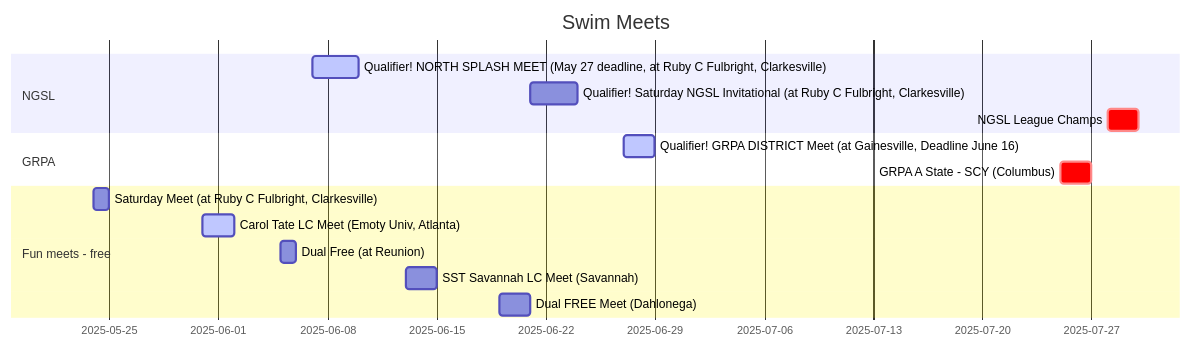
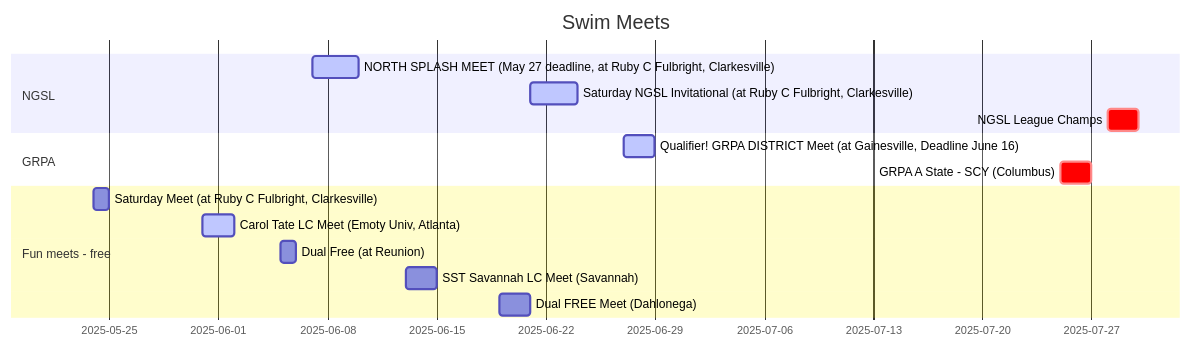
The diagram in swim_meets.mermaid (Gorbush/public), drawn with Mermaid before and after one commit. The commit also changed 2 other files, not shown here.

```diff
--- a/swim_meets.mermaid
+++ b/swim_meets.mermaid
@@ -1,22 +1,22 @@
 gantt
     Title Swim Meets
     dateFormat YYY-MM-DD
     todayMarker stroke-width:5px,stroke:#0f0,opacity:0.5
 
     Section NGSL
 
-    Qualifier! NORTH SPLASH MEET (May 27 deadline, at Ruby C Fulbright, Clarkesville) :active, 2025-06-07, 3d
-    Qualifier! Saturday NGSL Invitational (at Ruby C Fulbright, Clarkesville) :q_ngsl, 2025-06-21, 3d
+    NORTH SPLASH MEET (May 27 deadline, at Ruby C Fulbright, Clarkesville) :active, 2025-06-07, 3d
+    Saturday NGSL Invitational (at Ruby C Fulbright, Clarkesville) :active, 2025-06-21, 3d
     NGSL League Champs :crit, 2025-07-28, 2d
 
     Section GRPA
 
     Qualifier! GRPA DISTRICT Meet (at Gainesville, Deadline June 16) :active, 2025-06-27, 2d
     GRPA A State - SCY (Columbus)  :crit, 2025-07-25, 2d
 
     Section Fun meets - free
     Saturday Meet (at Ruby C Fulbright, Clarkesville) :meet1,2025-05-24, 1d
     Carol Tate LC Meet (Emoty Univ, Atlanta) :active, 2025-05-31, 2d
     Dual Free (at Reunion) :q_ngsl, 2025-06-05, 1d
     SST Savannah LC Meet (Savannah) :meet1,2025-06-13, 2d
     Dual FREE Meet (Dahlonega)  :meet1,2025-06-19, 2d
```
